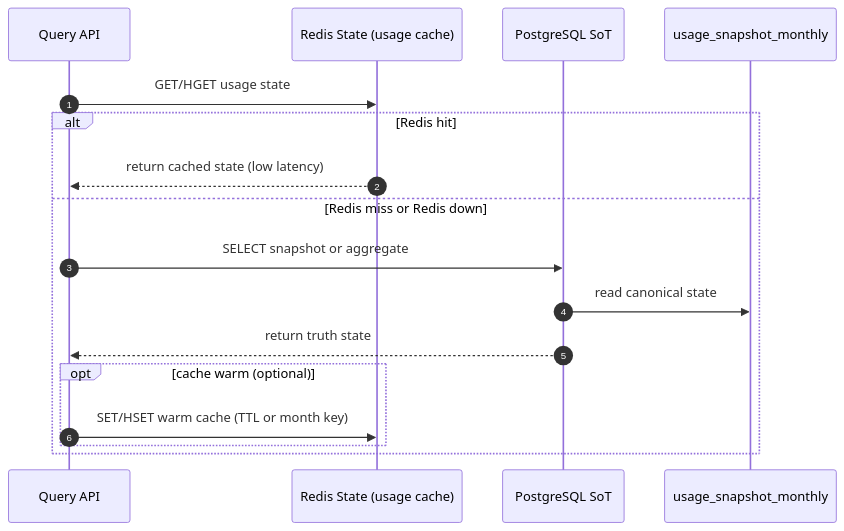
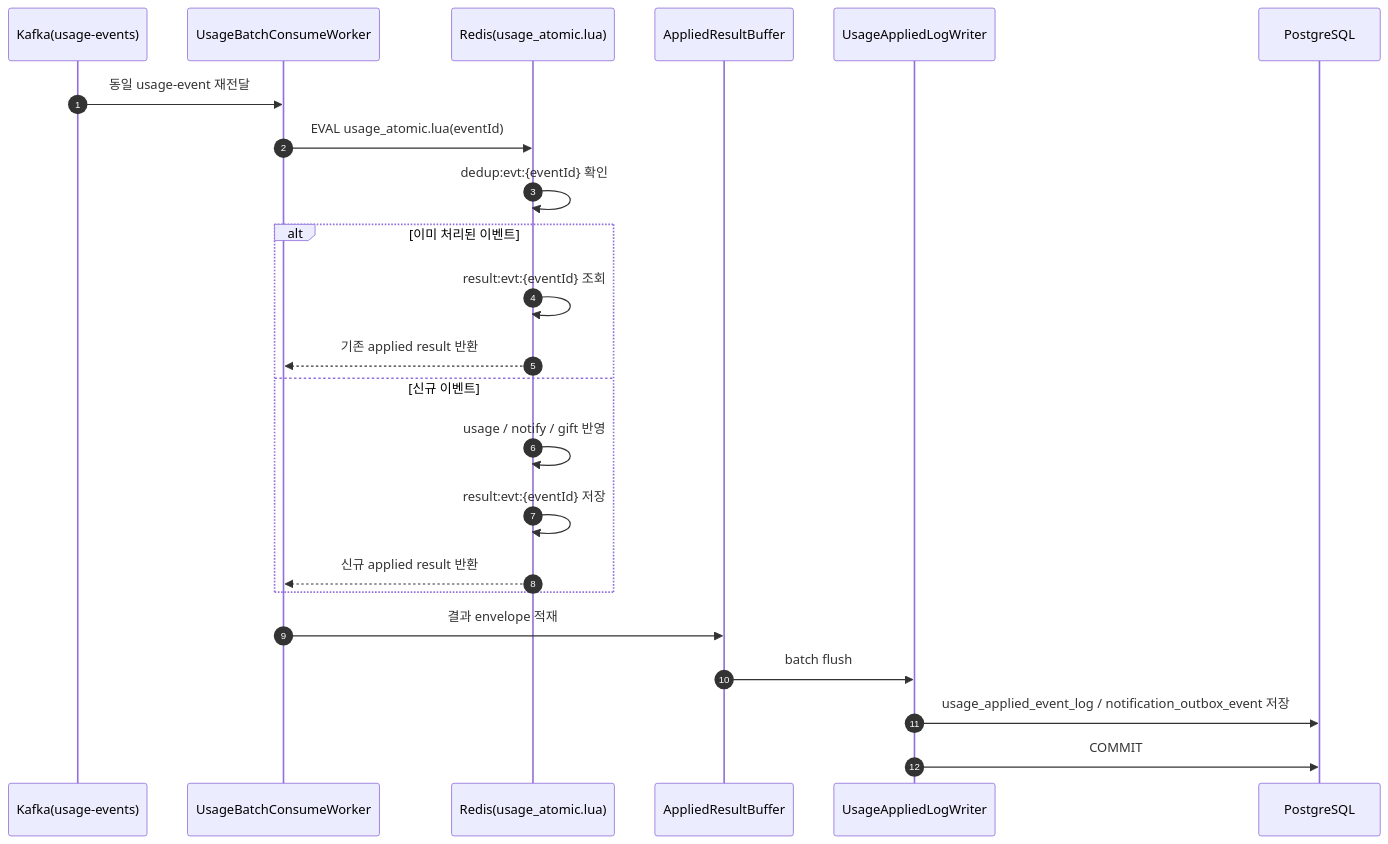
Before and after one commit to HOTSPOT-pro/HOTSPOT-KAFKA: the sixth of 7 diagrams in README.md, drawn with Mermaid. The commit also changed other lines of this file, not shown here.

````diff
--- a/README.md
+++ b/README.md
@@ -558,20 +617,26 @@
 ```mermaid
 sequenceDiagram
   autonumber
-  participant API as Query API
-  participant RS as Redis State (usage cache)
-  participant DB as PostgreSQL SoT
-  participant SNAP as usage_snapshot_monthly
+  participant K as Kafka(usage-events)
+  participant C as UsageBatchConsumeWorker
+  participant R as Redis(usage_atomic.lua)
+  participant Q as AppliedResultBuffer
+  participant W as UsageAppliedLogWriter
+  participant DB as PostgreSQL
 
-  API->>RS: GET/HGET usage state
-  alt Redis hit
-    RS-->>API: return cached state (low latency)
-  else Redis miss or Redis down
-    API->>DB: SELECT snapshot or aggregate
-    DB->>SNAP: read canonical state
-    DB-->>API: return truth state
-    opt cache warm (optional)
-      API->>RS: SET/HSET warm cache (TTL or month key)
-    end
+  K->>C: 동일 usage-event 재전달
+  C->>R: EVAL usage_atomic.lua(eventId)
+  R->>R: dedup:evt:{eventId} 확인
+  alt 이미 처리된 이벤트
+    R->>R: result:evt:{eventId} 조회
+    R-->>C: 기존 applied result 반환
+  else 신규 이벤트
+    R->>R: usage / notify / gift 반영
+    R->>R: result:evt:{eventId} 저장
+    R-->>C: 신규 applied result 반환
   end
+  C->>Q: 결과 envelope 적재
+  Q->>W: batch flush
+  W->>DB: usage_applied_event_log / notification_outbox_event 저장
+  W->>DB: COMMIT
 ```
````
